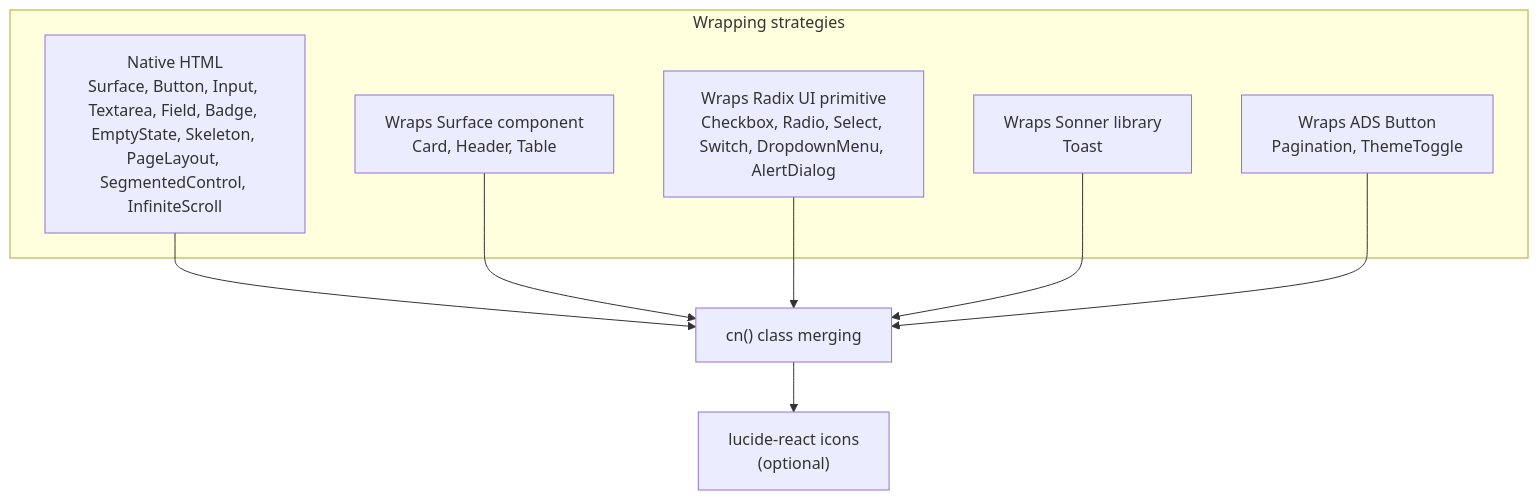
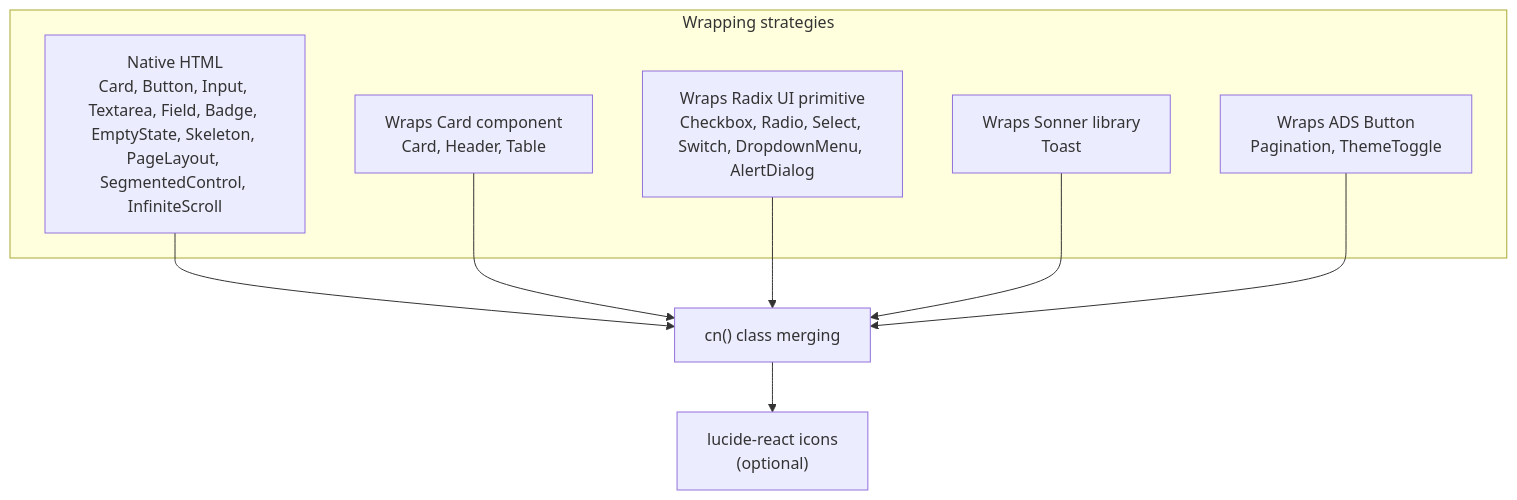
Before and after one commit to fuadrifki/almaarif-jambi-plus: the sixth of 11 diagrams in .ai/ARCHITECTURE.md, drawn with Mermaid. The commit also changed other lines of this file and 61 other files, not shown here.

````diff
--- a/.ai/ARCHITECTURE.md
+++ b/.ai/ARCHITECTURE.md
@@ -624,18 +624,18 @@
 ```mermaid
 graph TD
     subgraph "Wrapping strategies"
-        NATIVE["Native HTML<br/>Surface, Button, Input, Textarea, Field, Badge, EmptyState, Skeleton, PageLayout, SegmentedControl, InfiniteScroll"]
-        SURFACE_WRAP["Wraps Surface component<br/>Card, Header, Table"]
+        NATIVE["Native HTML<br/>Card, Button, Input, Textarea, Field, Badge, EmptyState, Skeleton, PageLayout, SegmentedControl, InfiniteScroll"]
+        Card_WRAP["Wraps Card component<br/>Card, Header, Table"]
         RADIX["Wraps Radix UI primitive<br/>Checkbox, Radio, Select, Switch, DropdownMenu, AlertDialog"]
         SONNER_WRAP["Wraps Sonner library<br/>Toast"]
         ADS_WRAP["Wraps ADS Button<br/>Pagination, ThemeToggle"]
     end
 
     NATIVE --> CN["cn() class merging"]
-    SURFACE_WRAP --> CN
+    Card_WRAP --> CN
     RADIX --> CN
     SONNER_WRAP --> CN
     ADS_WRAP --> CN
 
     CN --> LU["lucide-react icons<br/>(optional)"]
 ```
````
